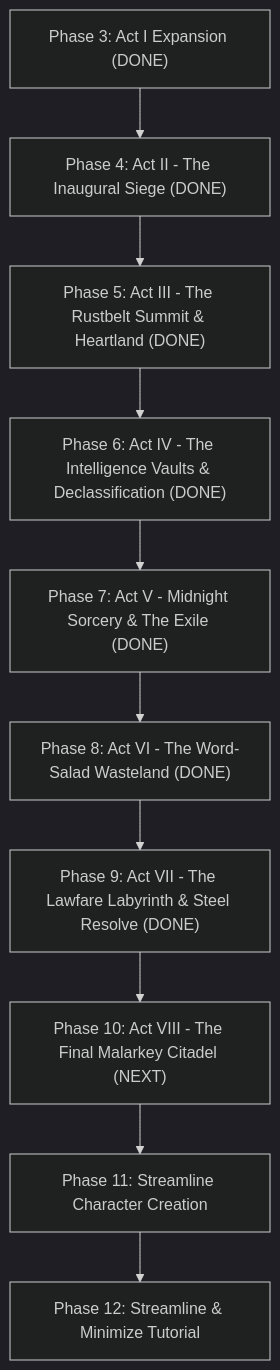
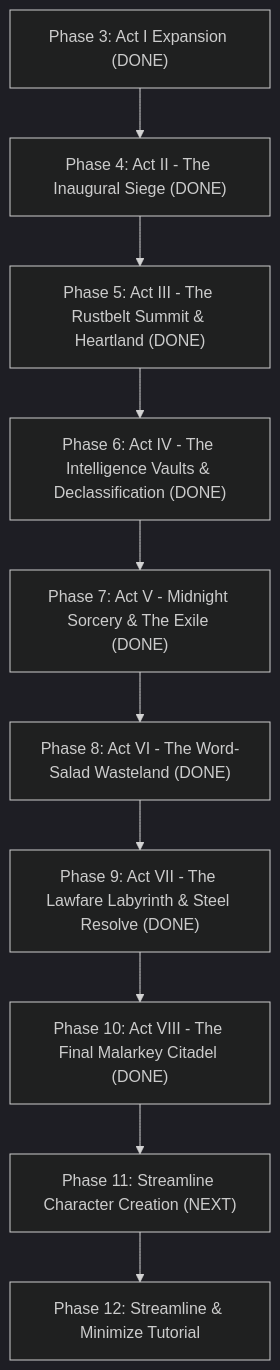
Before and after one commit to Todd0042/commander-america-rpg: the diagram in PROJECT_HANDOFF_PLAN.md, drawn with Mermaid (dark theme). The commit also changed other lines of this file and 4 other files, not shown here.

Commit message:
Complete Phase 10: Act VIII - The Final Malarkey Citadel & Golden Inauguration (5 Chapters)

````diff
--- a/PROJECT_HANDOFF_PLAN.md
+++ b/PROJECT_HANDOFF_PLAN.md
@@ -172,12 +183,12 @@
 ```mermaid
 flowchart TD
     P3["Phase 3: Act I Expansion (DONE)"] --> P4["Phase 4: Act II - The Inaugural Siege (DONE)"]
     P4 --> P5["Phase 5: Act III - The Rustbelt Summit & Heartland (DONE)"]
     P5 --> P6["Phase 6: Act IV - The Intelligence Vaults & Declassification (DONE)"]
     P6 --> P7["Phase 7: Act V - Midnight Sorcery & The Exile (DONE)"]
     P7 --> P8["Phase 8: Act VI - The Word-Salad Wasteland (DONE)"]
     P8 --> P9["Phase 9: Act VII - The Lawfare Labyrinth & Steel Resolve (DONE)"]
-    P9 --> P10["Phase 10: Act VIII - The Final Malarkey Citadel (NEXT)"]
-    P10 --> P11["Phase 11: Streamline Character Creation"]
+    P9 --> P10["Phase 10: Act VIII - The Final Malarkey Citadel (DONE)"]
+    P10 --> P11["Phase 11: Streamline Character Creation (NEXT)"]
     P11 --> P12["Phase 12: Streamline & Minimize Tutorial"]
 ```
````
